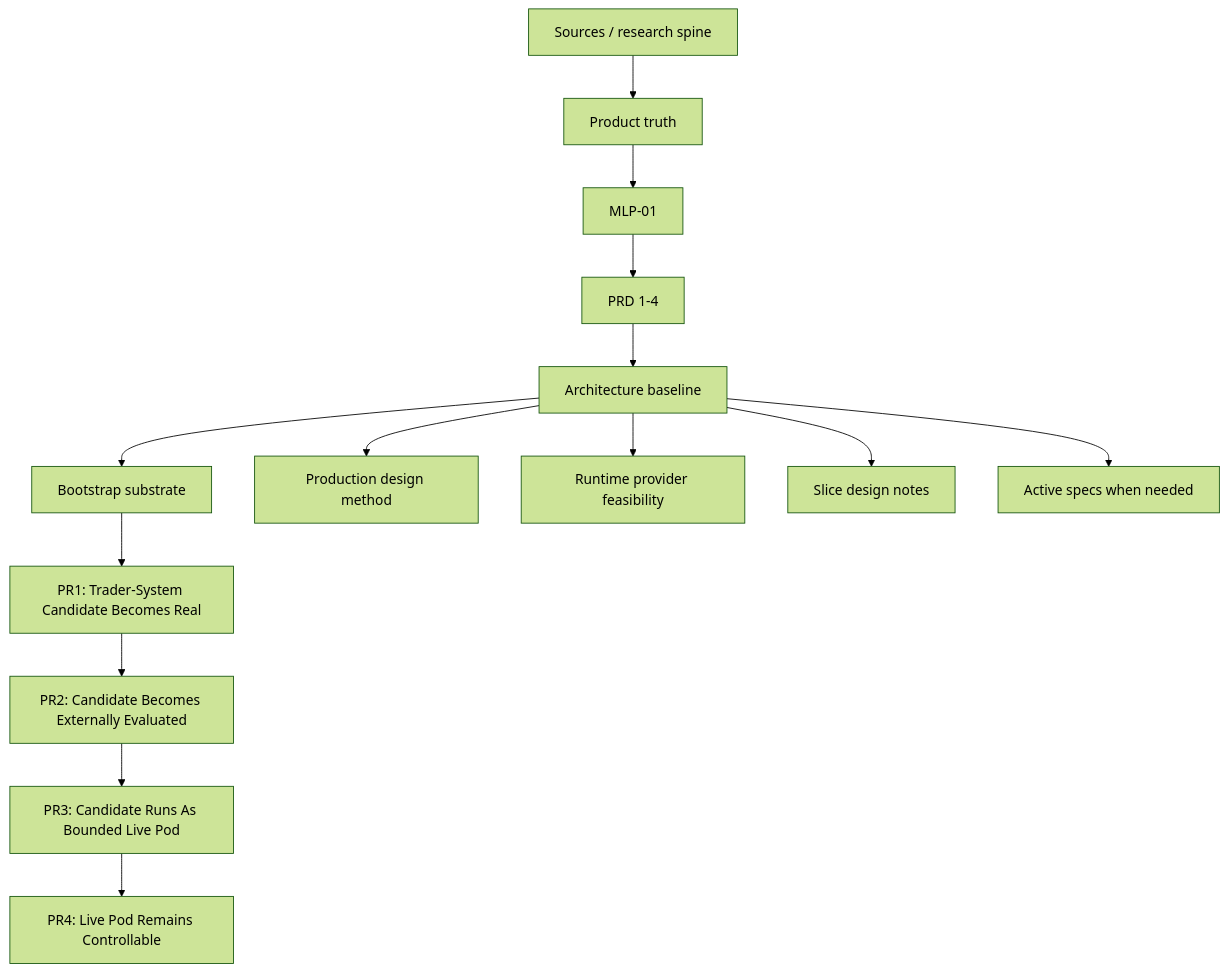
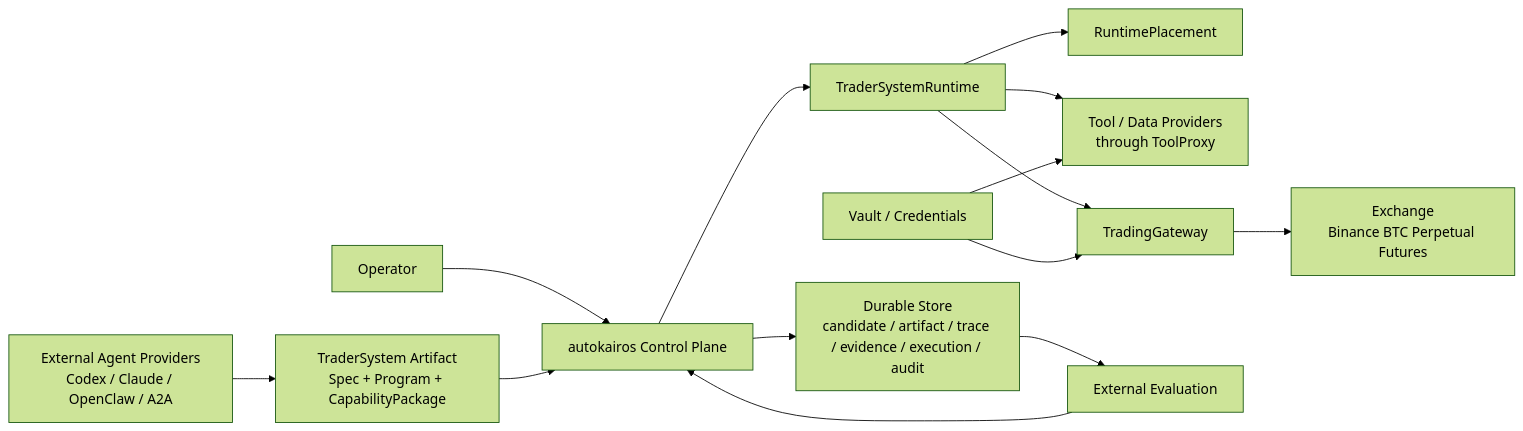
One commit to openboa-ai/ouroboros changed the first of 3 diagrams in wiki/architecture/00-system-map.md. Above: the diagram before and after it, drawn with Mermaid (forest theme). The commit also changed other lines of this file and 306 other files, not shown here.

Commit message:
docs: lock runtime control plane design baseline

````diff
--- a/wiki/architecture/00-system-map.md
+++ b/wiki/architecture/00-system-map.md
@@ -30,17 +25,21 @@
 ```mermaid
-flowchart TD
-    S["Sources / research spine"] --> P["Product truth"]
-    P --> M["MLP-01"]
-    M --> R["PRD 1-4"]
-    R --> A["Architecture baseline"]
-    A --> B["Bootstrap substrate"]
-    A --> PM["Production design method"]
-    B --> P1["PR1: Trader-System Candidate Becomes Real"]
-    P1 --> P2["PR2: Candidate Becomes Externally Evaluated"]
-    P2 --> P3["PR3: Candidate Runs As Bounded Live Pod"]
-    P3 --> P4["PR4: Live Pod Remains Controllable"]
+flowchart LR
+    OP["Operator"] --> CP["autokairos Control Plane"]
 
-    A --> F["Runtime provider feasibility"]
-    A --> SD["Slice design notes"]
-    A --> SP["Active specs when needed"]
+    AGENT["External Agent Providers<br/>Codex / Claude / OpenClaw / A2A"] --> ART["TraderSystem Artifact<br/>Spec + Program + CapabilityPackage"]
+    ART --> CP
+
+    CP --> STORE["Durable Store<br/>candidate / artifact / trace / evidence / execution / audit"]
+    CP --> RT["TraderSystemRuntime"]
+
+    RT --> PLACE["RuntimePlacement"]
+    RT --> TOOLS["Tool / Data Providers<br/>through ToolProxy"]
+    RT --> GW["TradingGateway"]
+    GW --> EXCHANGE["Exchange<br/>Binance BTC Perpetual Futures"]
+
+    STORE --> EVAL["External Evaluation"]
+    EVAL --> CP
+
+    VAULT["Vault / Credentials"] --> GW
+    VAULT --> TOOLS
 ```
````
